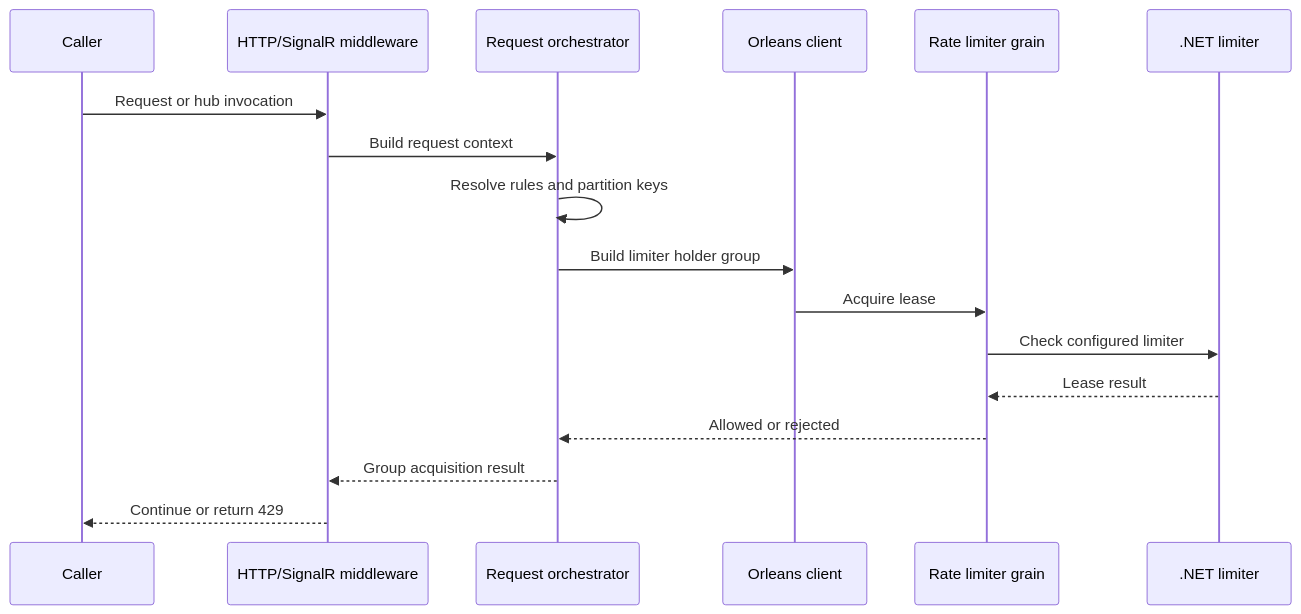
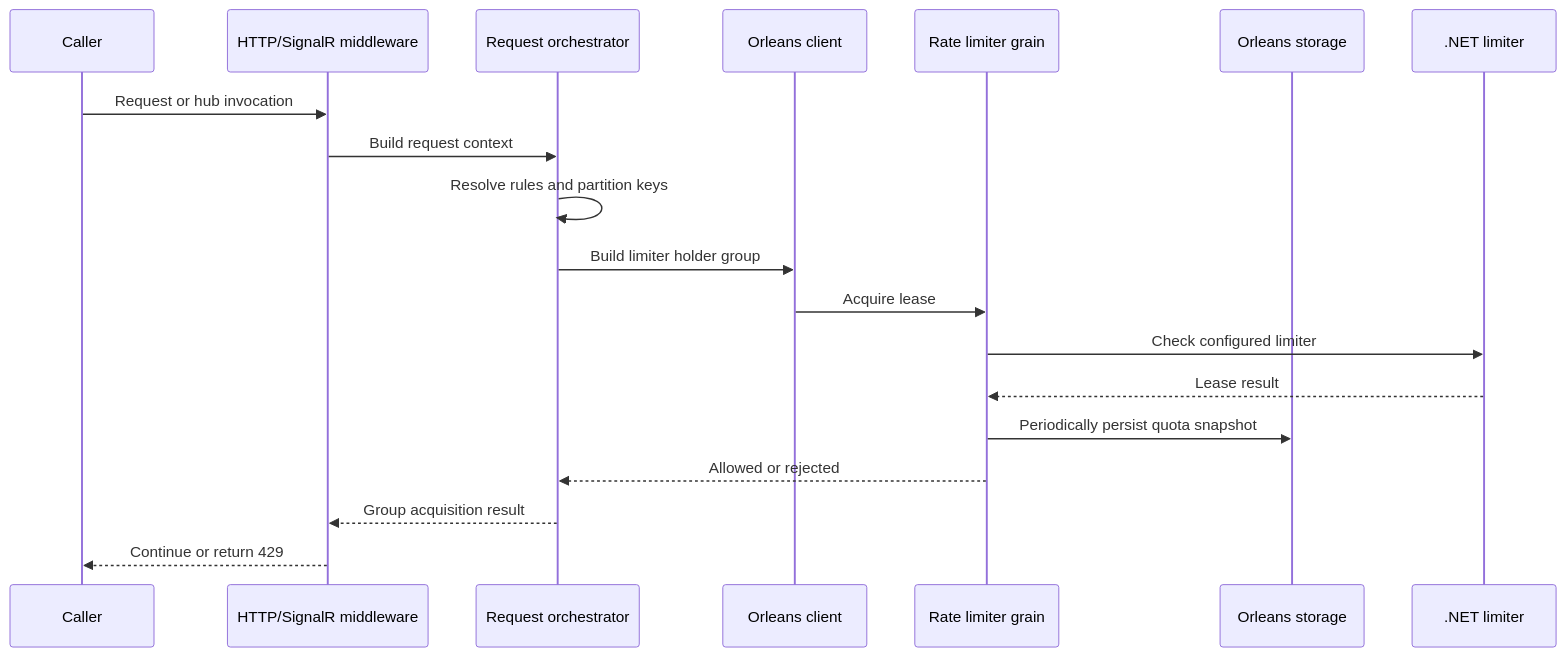
Before and after one commit to managedcode/Orleans.RateLimiting: the second of 3 diagrams in docs/Architecture.md, drawn with Mermaid. The commit also changed other lines of this file and 12 other files, not shown here.

````diff
--- a/docs/Architecture.md
+++ b/docs/Architecture.md
@@ -30,20 +30,22 @@
 ```mermaid
 sequenceDiagram
     participant Caller
     participant Middleware as HTTP/SignalR middleware
     participant Orchestrator as Request orchestrator
     participant Client as Orleans client
     participant Grain as Rate limiter grain
+    participant Storage as Orleans storage
     participant Limiter as .NET limiter
 
     Caller->>Middleware: Request or hub invocation
     Middleware->>Orchestrator: Build request context
     Orchestrator->>Orchestrator: Resolve rules and partition keys
     Orchestrator->>Client: Build limiter holder group
     Client->>Grain: Acquire lease
     Grain->>Limiter: Check configured limiter
     Limiter-->>Grain: Lease result
+    Grain->>Storage: Periodically persist quota snapshot
     Grain-->>Orchestrator: Allowed or rejected
     Orchestrator-->>Middleware: Group acquisition result
     Middleware-->>Caller: Continue or return 429
 ```
````
